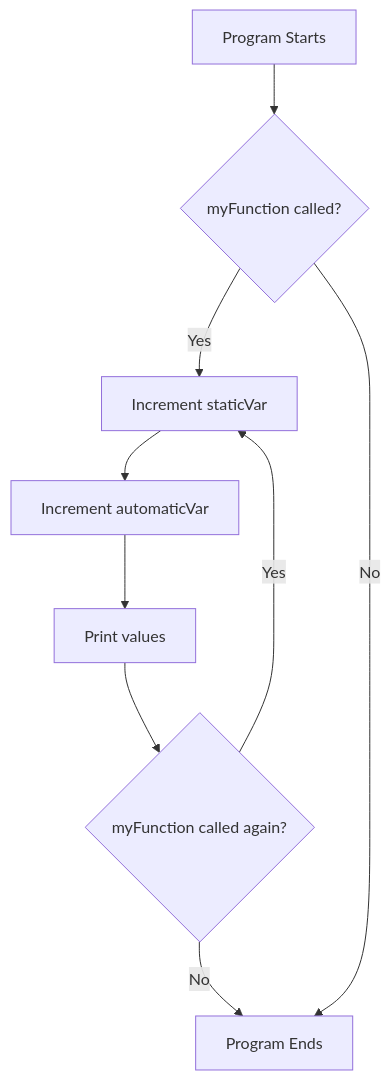
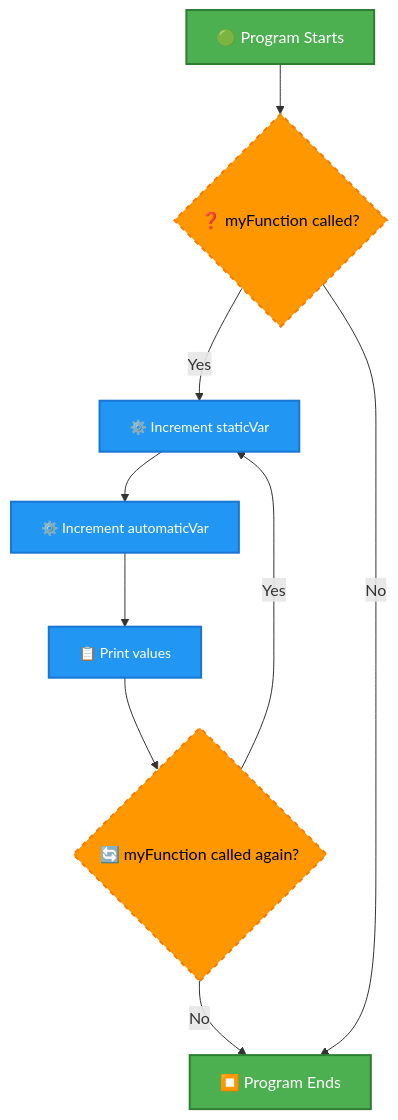
One commit to infoyouth/infoyouth.github.io changed the second of 6 diagrams in _posts/2024-12-14-11.-c-storage-classes.md. Above: the diagram before and after it, drawn with Mermaid. The commit also changed other lines of this file, not shown here.

````diff
--- a/_posts/2024-12-14-11.-c-storage-classes.md
+++ b/_posts/2024-12-14-11.-c-storage-classes.md
@@ -345,11 +327,20 @@
 ```mermaid
 graph TD
-    A[Program Starts] --> B{myFunction called?};
-    B -- Yes --> C[Increment staticVar];
-    C --> D[Increment automaticVar];
-    D --> E[Print values];
-    E --> F{myFunction called again?};
+    style A fill:#4CAF50,stroke:#2E7D32,stroke-width:2px,color:#FFFFFF,font-size:16px,stroke-dasharray:0,radius:10px
+    style B fill:#FF9800,stroke:#F57C00,stroke-width:2px,color:#000000,font-size:16px,stroke-dasharray:5,5,radius:5px
+    style C fill:#2196F3,stroke:#1976D2,stroke-width:2px,color:#FFFFFF,font-size:14px,stroke-dasharray:0,radius:5px
+    style D fill:#2196F3,stroke:#1976D2,stroke-width:2px,color:#FFFFFF,font-size:14px,stroke-dasharray:0,radius:5px
+    style E fill:#2196F3,stroke:#1976D2,stroke-width:2px,color:#FFFFFF,font-size:14px,stroke-dasharray:0,radius:5px
+    style F fill:#FF9800,stroke:#F57C00,stroke-width:2px,color:#000000,font-size:16px,stroke-dasharray:5,5,radius:5px
+    style G fill:#4CAF50,stroke:#2E7D32,stroke-width:2px,color:#FFFFFF,font-size:16px,stroke-dasharray:0,radius:10px
+
+    A[🟢 Program Starts] --> B{❓ myFunction called?};
+    B -- Yes --> C[⚙️ Increment staticVar];
+    C --> D[⚙️ Increment automaticVar];
+    D --> E[📋 Print values];
+    E --> F{🔄 myFunction called again?};
     F -- Yes --> C;
-    F -- No --> G[Program Ends];
+    F -- No --> G[⏹️ Program Ends];
     B -- No --> G;
+
 ```
````
